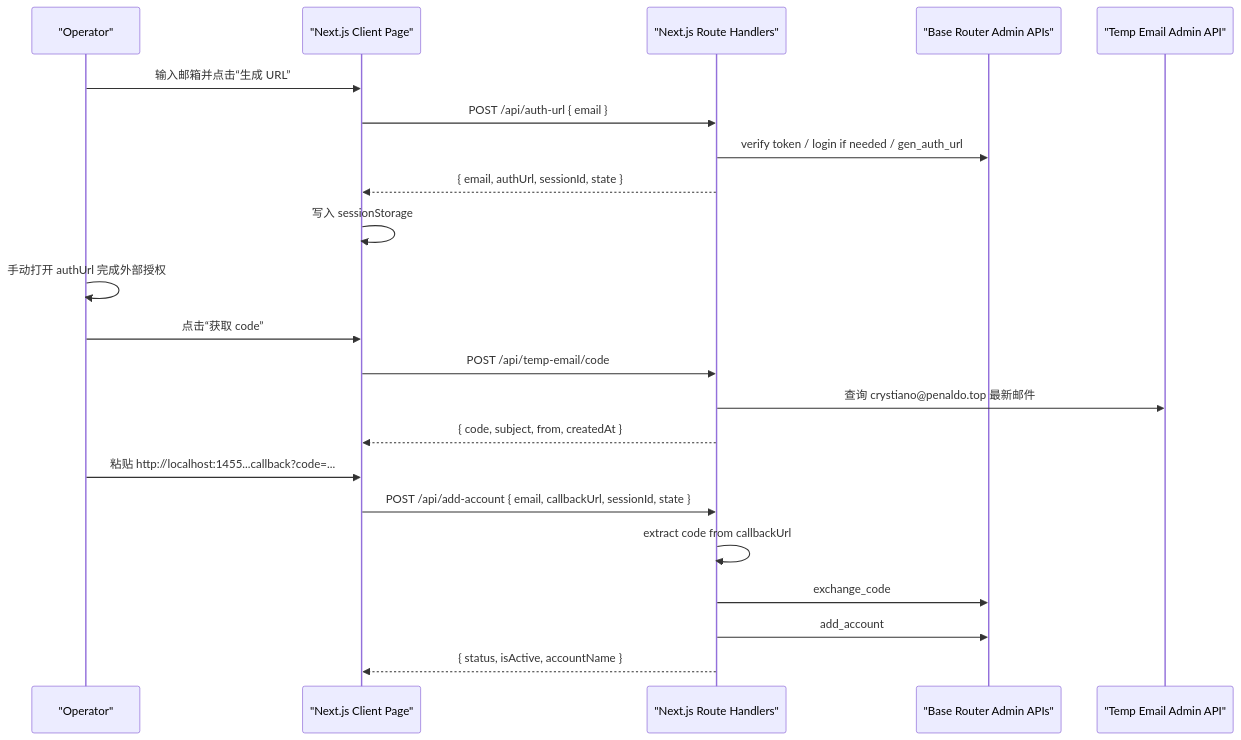
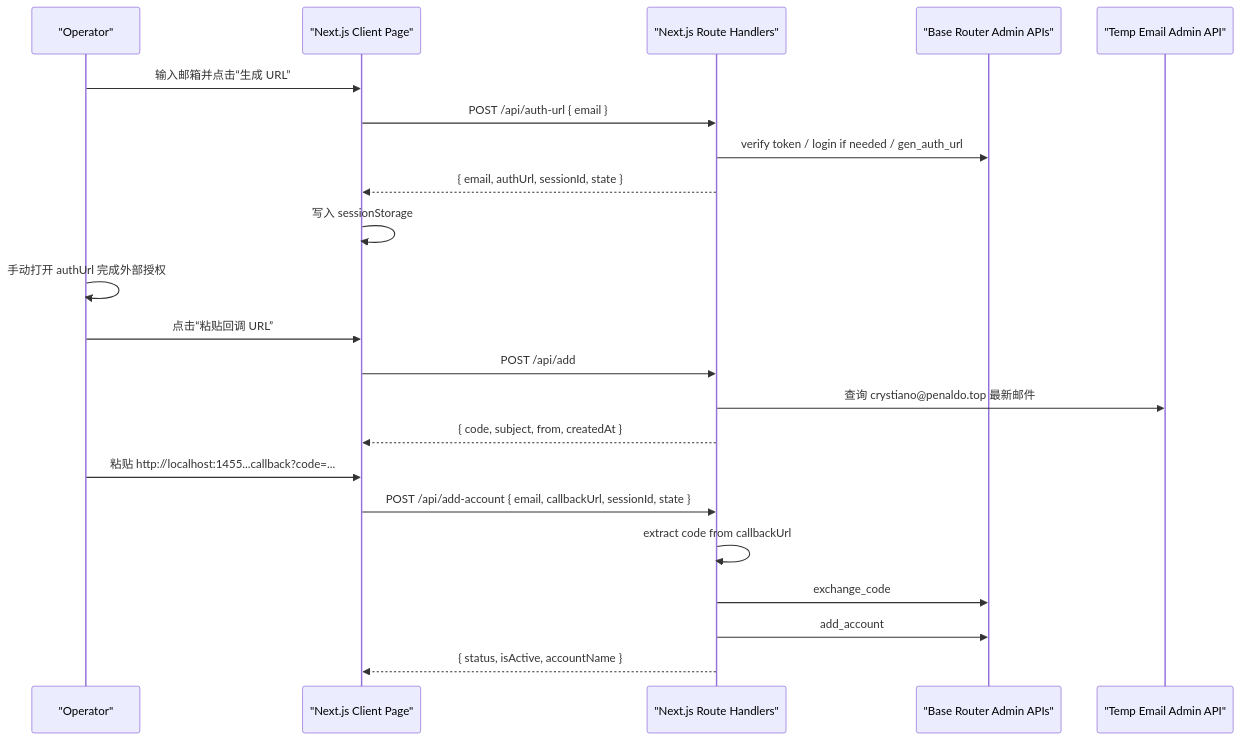
The diagram in docs/plans/2026-04-04-001-feat-semiauto-add-console-plan.md (jeffery-zhang/semiauto-add), drawn with Mermaid before and after one commit. The commit also changed other lines of this file and 19 other files, not shown here.

Commit message:
refactor: remove get-code flow and clean docs

````diff
--- a/docs/plans/2026-04-04-001-feat-semiauto-add-console-plan.md
+++ b/docs/plans/2026-04-04-001-feat-semiauto-add-console-plan.md
@@ -109,28 +109,28 @@
 ```mermaid
 sequenceDiagram
     participant U as "Operator"
     participant UI as "Next.js Client Page"
     participant API as "Next.js Route Handlers"
     participant BR as "Base Router Admin APIs"
     participant TE as "Temp Email Admin API"
 
     U->>UI: 输入邮箱并点击“生成 URL”
     UI->>API: POST /api/auth-url { email }
     API->>BR: verify token / login if needed / gen_auth_url
     API-->>UI: { email, authUrl, sessionId, state }
     UI->>UI: 写入 sessionStorage
 
     U->>U: 手动打开 authUrl 完成外部授权
 
-    U->>UI: 点击“获取 code”
-    UI->>API: POST /api/temp-email/code
+    U->>UI: 点击“粘贴回调 URL”
+    UI->>API: POST /api/add
     API->>TE: 查询 crystiano@penaldo.top 最新邮件
     API-->>UI: { code, subject, from, createdAt }
 
     U->>UI: 粘贴 http://localhost:1455...callback?code=...
     UI->>API: POST /api/add-account { email, callbackUrl, sessionId, state }
     API->>API: extract code from callbackUrl
     API->>BR: exchange_code
     API->>BR: add_account
     API-->>UI: { status, isActive, accountName }
 ```
````
